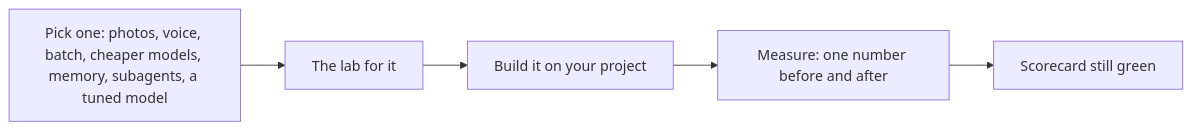
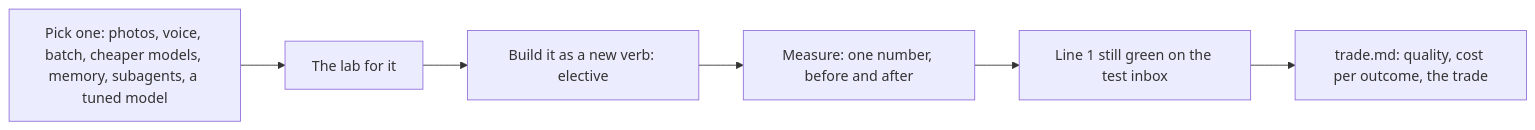
Before and after one commit to learnwithparam/applied-ai-cohort: the diagram in parts/08-add-one-capability/README.md, drawn with Mermaid. The commit also changed other lines of this file and 81 other files, not shown here.

First line of the commit message:
Part 08: add one capability and prove the trade (#3)

````diff
--- a/parts/08-add-one-capability/README.md
+++ b/parts/08-add-one-capability/README.md
@@ -29,7 +30,8 @@
 ```mermaid
 flowchart LR
   A["Pick one: photos, voice, batch, cheaper models, memory, subagents, a tuned model"] --> B["The lab for it"]
-  B --> C["Build it on your project"]
-  C --> D["Measure: one number before and after"]
-  D --> E["Scorecard still green"]
+  B --> C["Build it as a new verb: elective"]
+  C --> D["Measure: one number, before and after"]
+  D --> E["Line 1 still green on the test inbox"]
+  E --> F["trade.md: quality, cost per outcome, the trade"]
 ```
````
